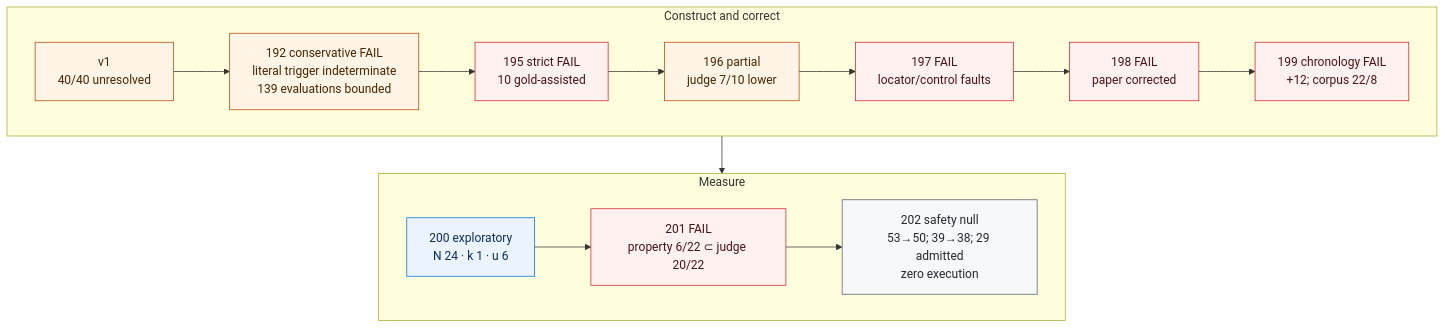
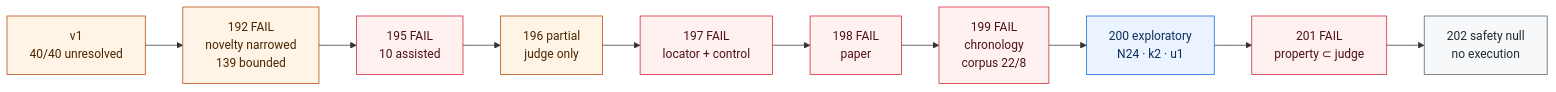
The second of 5 diagrams in README.md (manfromnowhere143/telos), drawn with Mermaid before and after one commit. The commit also changed other lines of this file and 31 other files, not shown here.

````diff
--- a/README.md
+++ b/README.md
@@ -380,20 +410,12 @@
 ```mermaid
-flowchart TB
- subgraph A["Construct and correct"]
-  direction LR
-  V1["v1<br/>40/40 unresolved"]-->I192["192 conservative FAIL<br/>literal trigger indeterminate<br/>139 evaluations bounded"]-->I195["195 strict FAIL<br/>10 gold-assisted"]-->I196["196 partial<br/>judge 7/10 lower"]-->I197["197 FAIL<br/>locator/control faults"]-->I198["198 FAIL<br/>paper corrected"]-->I199["199 chronology FAIL<br/>+12; corpus 22/8"]
- end
- subgraph B["Measure"]
-  direction LR
-  I200["200 exploratory<br/>N 24 · k 1 · u 6"]-->I201["201 FAIL<br/>property 6/22 ⊂ judge 20/22"]-->I202["202 safety null<br/>53→50; 39→38; 29 admitted<br/>zero execution"]
- end
- A-->B
+flowchart LR
+ V1["v1<br/>40/40 unresolved"]-->I192["192 FAIL<br/>novelty narrowed<br/>139 bounded"]-->I195["195 FAIL<br/>10 assisted"]-->I196["196 partial<br/>judge only"]-->I197["197 FAIL<br/>locator + control"]-->I198["198 FAIL<br/>paper"]-->I199["199 FAIL<br/>chronology<br/>corpus 22/8"]-->I200["200 exploratory<br/>N24 · k2 · u1"]-->I201["201 FAIL<br/>property ⊂ judge"]-->I202["202 safety null<br/>no execution"]
  classDef corrected fill:#fff4e5,stroke:#b54708,color:#4a2500;
  classDef failed fill:#fff1f0,stroke:#cf222e,color:#4c1114;
  classDef evidence fill:#eaf3ff,stroke:#0969da,color:#0c2d57;
  classDef null fill:#f6f8fa,stroke:#57606a,color:#24292f;
  class V1,I192,I196 corrected;
  class I195,I197,I198,I199,I201 failed;
  class I200 evidence;
  class I202 null;
 ```
````
